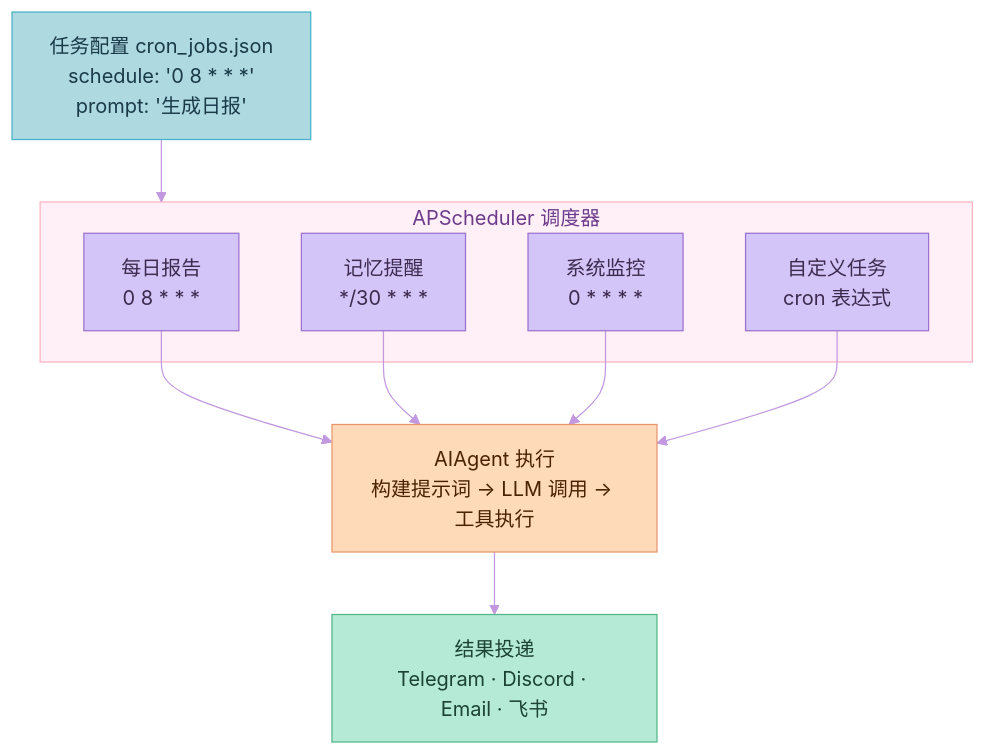
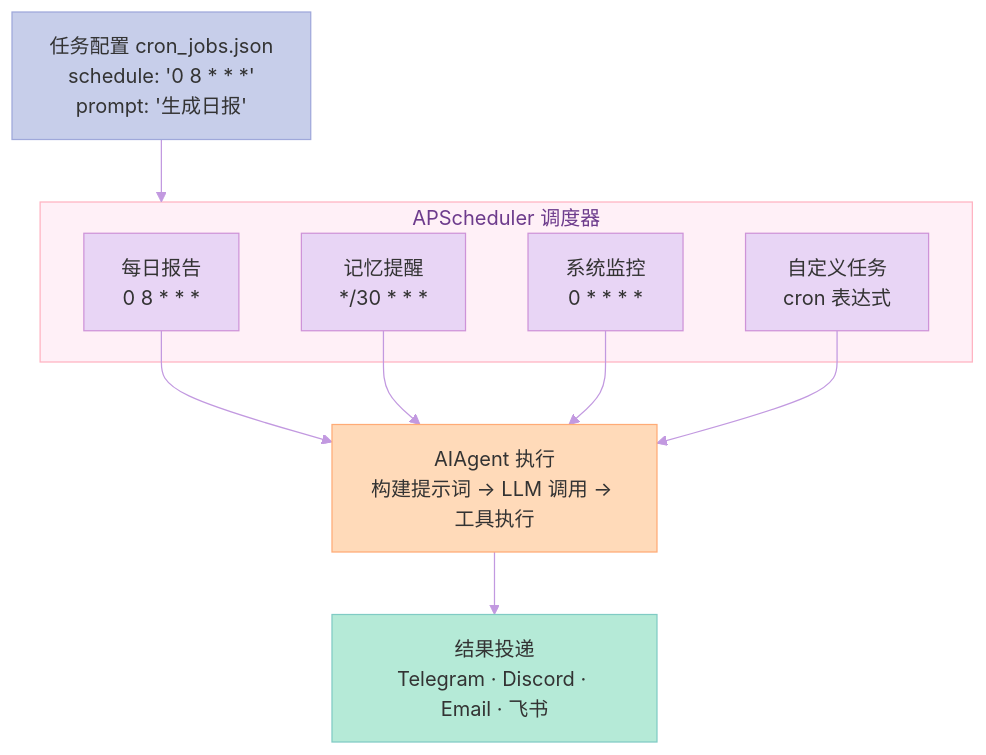
One commit to xuqi2024/xuqi2024.github.io changed the ninth of 10 diagrams in source/_posts/2026-04-13-hermes-agent深度完全解读.md. Above: the diagram before and after it, drawn with Mermaid. The commit also changed other lines of this file and 23 other files, not shown here.

````diff
--- a/source/_posts/2026-04-13-hermes-agent深度完全解读.md
+++ b/source/_posts/2026-04-13-hermes-agent深度完全解读.md
@@ -607,24 +613,24 @@
 ```mermaid
-%%{init: {'theme': 'base', 'themeVariables': {'primaryColor': '#FFB3C1', 'primaryTextColor': '#4A1942', 'primaryBorderColor': '#FF85A1', 'lineColor': '#C299E0', 'secondaryColor': '#C8E6C9', 'tertiaryColor': '#AED9E0', 'background': '#FFF8FB', 'mainBkg': '#FFB3C1', 'nodeBorder': '#FF85A1', 'clusterBkg': '#FFF0F7', 'clusterBorder': '#FFB3C1', 'titleColor': '#6D3B8C', 'edgeLabelBackground': '#FFF8FB'}}}%%
+%%{init: {'theme': 'base', 'themeVariables': {'primaryColor': '#FFB3C1', 'primaryTextColor': '#4A1942', 'primaryBorderColor': '#FF85A1', 'lineColor': '#C299E0', 'secondaryColor': '#C8E6C9', 'tertiaryColor': '#C7CEEA', 'background': '#FFF8FB', 'mainBkg': '#FFB3C1', 'nodeBorder': '#FF85A1', 'clusterBkg': '#FFF0F7', 'clusterBorder': '#FFB3C1', 'titleColor': '#6D3B8C', 'edgeLabelBackground': '#FFF8FB'}}}%%
 flowchart TD
-    classDef config fill:#AED9E0,stroke:#48B2C8,color:#1A3A4A
-    classDef job fill:#D4C5F9,stroke:#9B72CF,color:#3D2B4F
-    classDef execute fill:#FFDAB9,stroke:#E8956D,color:#4A2200
-    classDef deliver fill:#B5EAD7,stroke:#52B788,color:#1B4332
+    classDef config fill:#C7CEEA,stroke:#9FA8DA,color:#333
+    classDef job fill:#E8D5F5,stroke:#CE93D8,color:#333
+    classDef execute fill:#FFDAB9,stroke:#FFAB76,color:#333
+    classDef deliver fill:#B5EAD7,stroke:#80CBC4,color:#333
 
     CONFIG["任务配置 cron_jobs.json<br/>schedule: '0 8 * * *'<br/>prompt: '生成日报'"]:::config
 
     subgraph SCHED["APScheduler 调度器"]
         S1["每日报告<br/>0 8 * * *"]:::job
         S2["记忆提醒<br/>*/30 * * *"]:::job
         S3["系统监控<br/>0 * * * *"]:::job
         S4["自定义任务<br/>cron 表达式"]:::job
     end
 
     EXEC["AIAgent 执行<br/>构建提示词 → LLM 调用 → 工具执行"]:::execute
     DELIVER["结果投递<br/>Telegram · Discord · Email · 飞书"]:::deliver
 
     CONFIG --> SCHED
     S1 & S2 & S3 & S4 --> EXEC
     EXEC --> DELIVER
 ```
````
